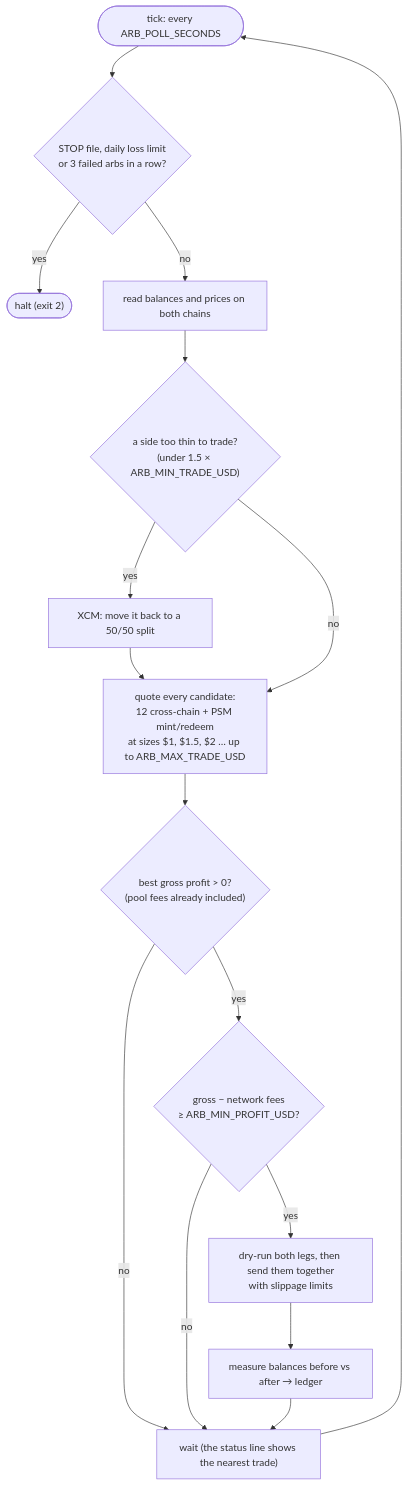
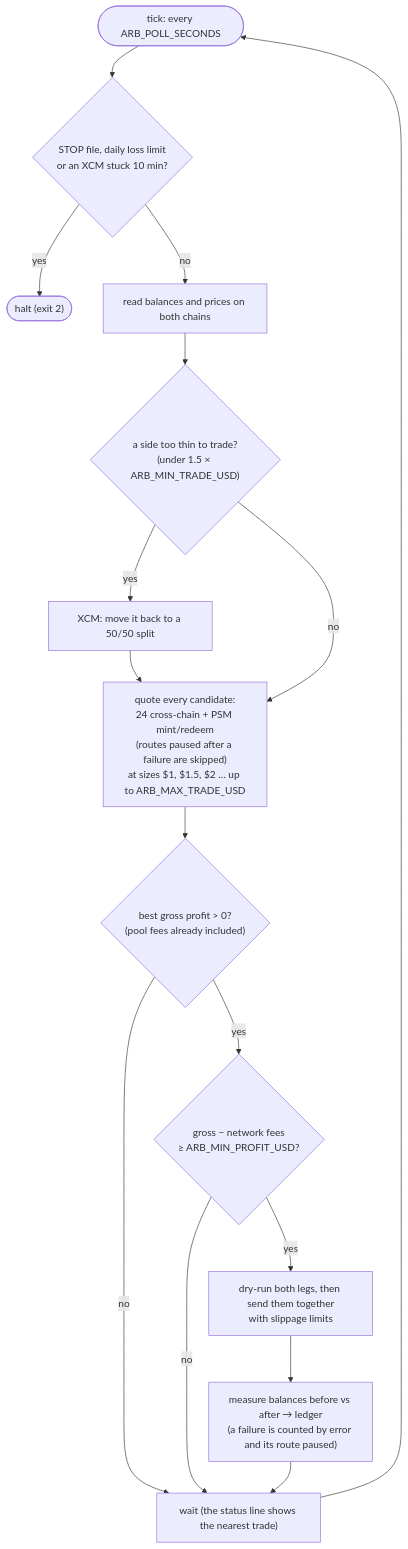
The second of 3 diagrams in README.md (Nadro-J/ahrb), drawn with Mermaid before and after one commit. The commit also changed other lines of this file and 16 other files, not shown here.

````diff
--- a/README.md
+++ b/README.md
@@ -54,17 +54,17 @@
 ```mermaid
 flowchart TD
-    A(["tick: every ARB_POLL_SECONDS"]) --> K{"STOP file, daily loss limit<br/>or 3 failed arbs in a row?"}
+    A(["tick: every ARB_POLL_SECONDS"]) --> K{"STOP file, daily loss limit<br/>or an XCM stuck 10 min?"}
     K -- yes --> H(["halt (exit 2)"])
     K -- no --> B["read balances and prices on both chains"]
     B --> R{"a side too thin to trade?<br/>(under 1.5 × ARB_MIN_TRADE_USD)"}
     R -- yes --> X["XCM: move it back to a 50/50 split"] --> Q
-    R -- no --> Q["quote every candidate:<br/>12 cross-chain + PSM mint/redeem<br/>at sizes $1, $1.5, $2 … up to ARB_MAX_TRADE_USD"]
+    R -- no --> Q["quote every candidate:<br/>24 cross-chain + PSM mint/redeem<br/>(routes paused after a failure are skipped)<br/>at sizes $1, $1.5, $2 … up to ARB_MAX_TRADE_USD"]
     Q --> G{"best gross profit > 0?<br/>(pool fees already included)"}
     G -- no --> W["wait (the status line shows the nearest trade)"]
     G -- yes --> F{"gross − network fees<br/>≥ ARB_MIN_PROFIT_USD?"}
     F -- no --> W
     F -- yes --> D["dry-run both legs, then send them together<br/>with slippage limits"]
-    D --> M["measure balances before vs after → ledger"]
+    D --> M["measure balances before vs after → ledger<br/>(a failure is counted by error and its route paused)"]
     M --> W
     W --> A
 ```
````
